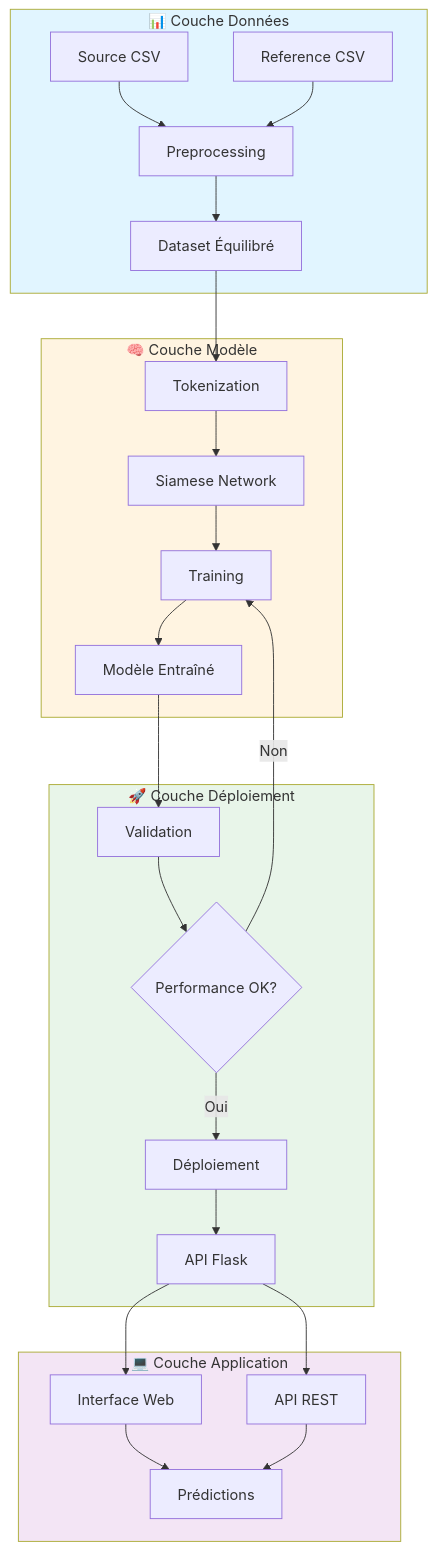
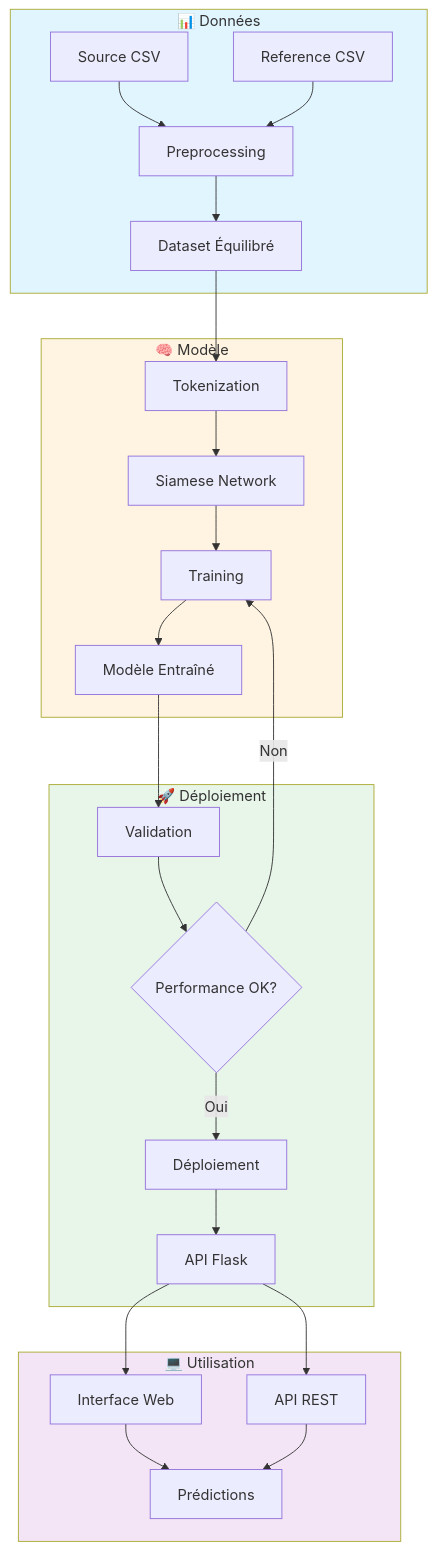
Before and after one commit to mounirlamsayah/Entity_Resolution_MLOps: the first of 3 diagrams in README.md, drawn with Mermaid. The commit also changed other lines of this file, not shown here.

````diff
--- a/README.md
+++ b/README.md
@@ -91,35 +82,35 @@
 ```mermaid
 graph TB
-    subgraph Data["📊 Couche Données"]
+    subgraph Data["📊 Données"]
         A[Source CSV] --> B[Preprocessing]
         C[Reference CSV] --> B
         B --> D[Dataset Équilibré]
     end
     
-    subgraph Model["🧠 Couche Modèle"]
+    subgraph Model["🧠 Modèle"]
         D --> E[Tokenization]
         E --> F[Siamese Network]
         F --> G[Training]
         G --> H[Modèle Entraîné]
     end
     
-    subgraph Deploy["🚀 Couche Déploiement"]
+    subgraph Deploy["🚀 Déploiement"]
         H --> I[Validation]
         I --> J{Performance OK?}
         J -->|Oui| K[Déploiement]
         J -->|Non| G
         K --> L[API Flask]
     end
     
-    subgraph Use["💻 Couche Application"]
+    subgraph Use["💻 Utilisation"]
         L --> M[Interface Web]
         L --> N[API REST]
         M --> O[Prédictions]
         N --> O
     end
     
     style Data fill:#e1f5ff
     style Model fill:#fff4e1
     style Deploy fill:#e8f5e9
     style Use fill:#f3e5f5
 ```
````
